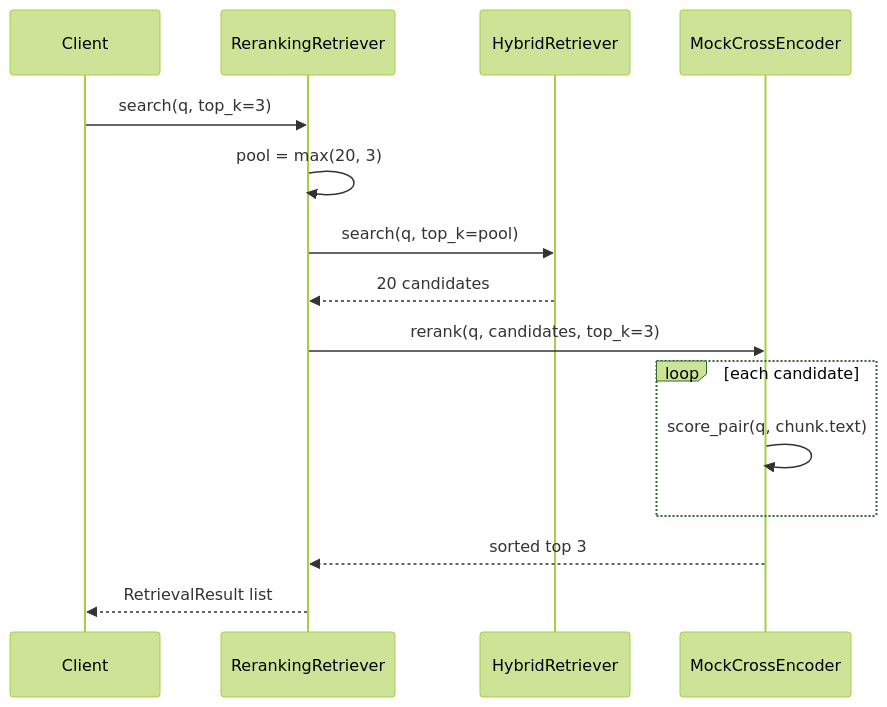
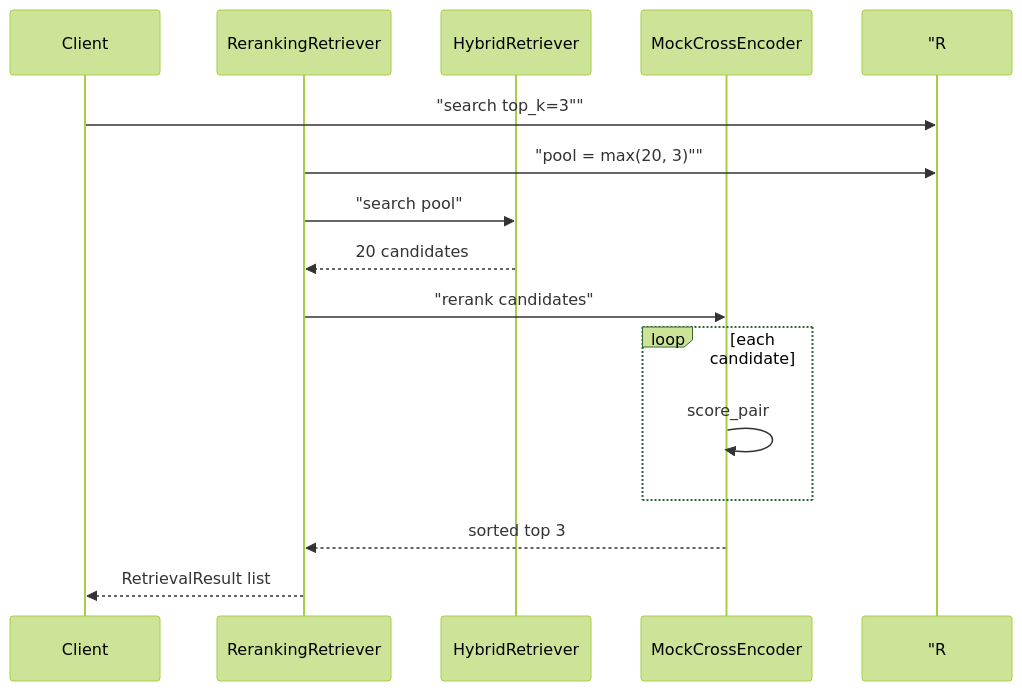
One commit to ab6539763/70_days_course_plus changed the first of 2 diagrams in course/day32/04_流程图与示意图.md. Above: the diagram before and after it, drawn with Mermaid (forest theme). The commit also changed other lines of this file and 128 other files, not shown here.

First line of the commit message:
fix(course): repair day31-37 diagrams, titles, and missing content

````diff
--- a/course/day32/04_流程图与示意图.md
+++ b/course/day32/04_流程图与示意图.md
@@ -5,17 +5,17 @@
 ```mermaid
 sequenceDiagram
     participant U as Client
     participant R as RerankingRetriever
     participant H as HybridRetriever
     participant C as MockCrossEncoder
-    U->>R: search(q, top_k=3)
-    R->>R: pool = max(20, 3)
-    R->>H: search(q, top_k=pool)
+    U->> "R: "search top_k=3""
+    R->> "R: "pool = max(20, 3)""
+    R->>H: "search pool"
     H-->>R: 20 candidates
-    R->>C: rerank(q, candidates, top_k=3)
+    R->>C: "rerank candidates"
     loop each candidate
-        C->>C: score_pair(q, chunk.text)
+        C->>C: score_pair
     end
     C-->>R: sorted top 3
     R-->>U: RetrievalResult list
 ```
````
